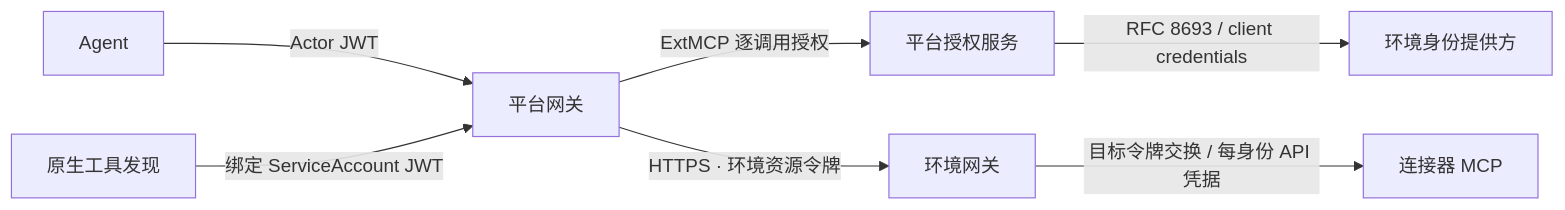
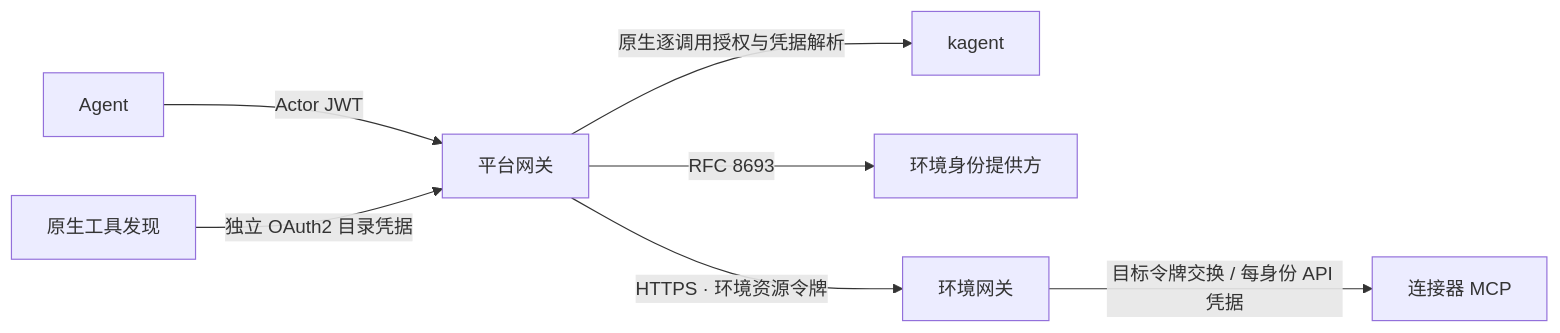
The diagram in docs/environments.md (pood1e/agentos-platform), drawn with Mermaid before and after one commit. The commit also changed other lines of this file and 261 other files, not shown here.

````diff
--- a/docs/environments.md
+++ b/docs/environments.md
@@ -5,9 +5,9 @@
 ```mermaid
 flowchart LR
   Agent[Agent] -->|Actor JWT| PG[平台网关]
-  Discovery[原生工具发现] -->|绑定 ServiceAccount JWT| PG
-  PG -->|ExtMCP 逐调用授权| Auth[平台授权服务]
-  Auth -->|RFC 8693 / client credentials| IdP[环境身份提供方]
+  Discovery[原生工具发现] -->|独立 OAuth2 目录凭据| PG
+  PG -->|原生逐调用授权与凭据解析| Auth[kagent]
+  PG -->|RFC 8693| IdP[环境身份提供方]
   PG -->|HTTPS · 环境资源令牌| EG[环境网关]
   EG -->|目标令牌交换 / 每身份 API 凭据| MCP[连接器 MCP]
 ```
````
